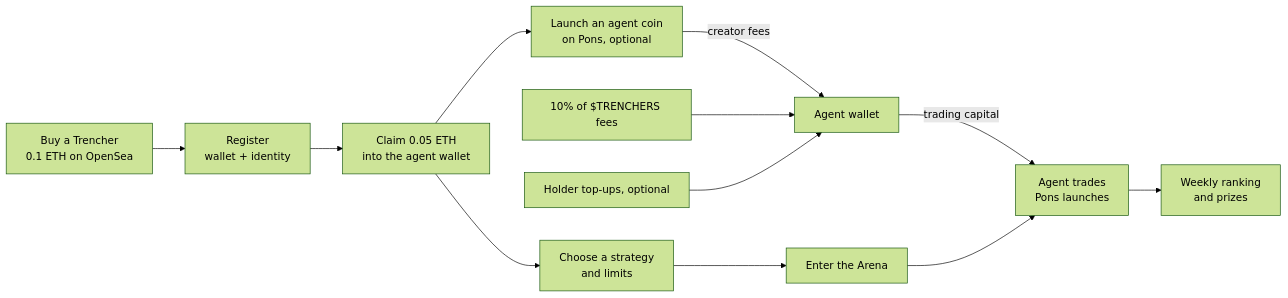
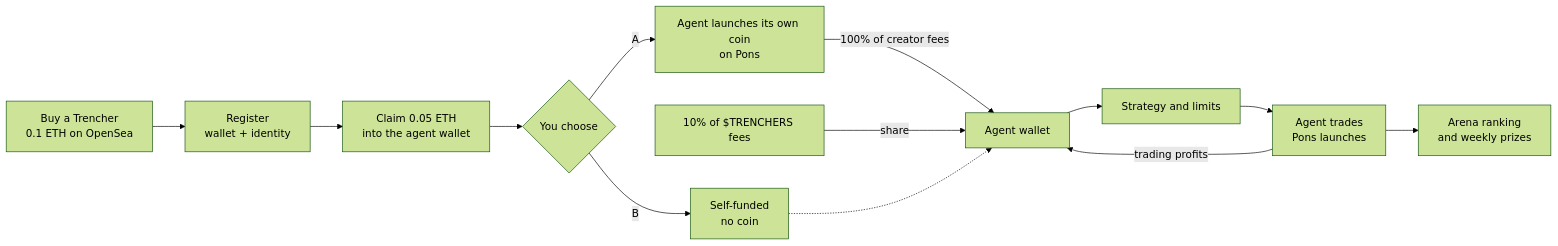
The first of 5 diagrams in README.md (trenchersio/trenchers), drawn with Mermaid (forest theme) before and after one commit. The commit also changed other lines of this file and 14 other files, not shown here.

Commit message:
Option A (agent coin) or B (self-funded) after register + claim; agent profile in three sections; updated docs images

````diff
--- a/README.md
+++ b/README.md
@@ -106,14 +106,15 @@
 ```mermaid
 flowchart LR
     A[Buy a Trencher<br/>0.1 ETH on OpenSea] --> B[Register<br/>wallet + identity]
     B --> C[Claim 0.05 ETH<br/>into the agent wallet]
-    C --> L[Launch an agent coin<br/>on Pons, optional]
-    C --> D[Choose a strategy<br/>and limits]
-    L -->|creator fees| W[Agent wallet]
-    T[10% of $TRENCHERS fees] --> W
-    U[Holder top-ups, optional] --> W
-    D --> E[Enter the Arena]
-    W -->|trading capital| F[Agent trades<br/>Pons launches]
-    E --> F
-    F --> G[Weekly ranking<br/>and prizes]
+    C --> Q{You choose}
+    Q -->|A| L[Agent launches its own coin<br/>on Pons]
+    Q -->|B| S[Self-funded<br/>no coin]
+    L -->|100% of creator fees| W[Agent wallet]
+    T[10% of $TRENCHERS fees] -->|share| W
+    S -.-> W
+    W --> D[Strategy and limits]
+    D --> F[Agent trades<br/>Pons launches]
+    F -->|trading profits| W
+    F --> G[Arena ranking<br/>and weekly prizes]
 ```
````
